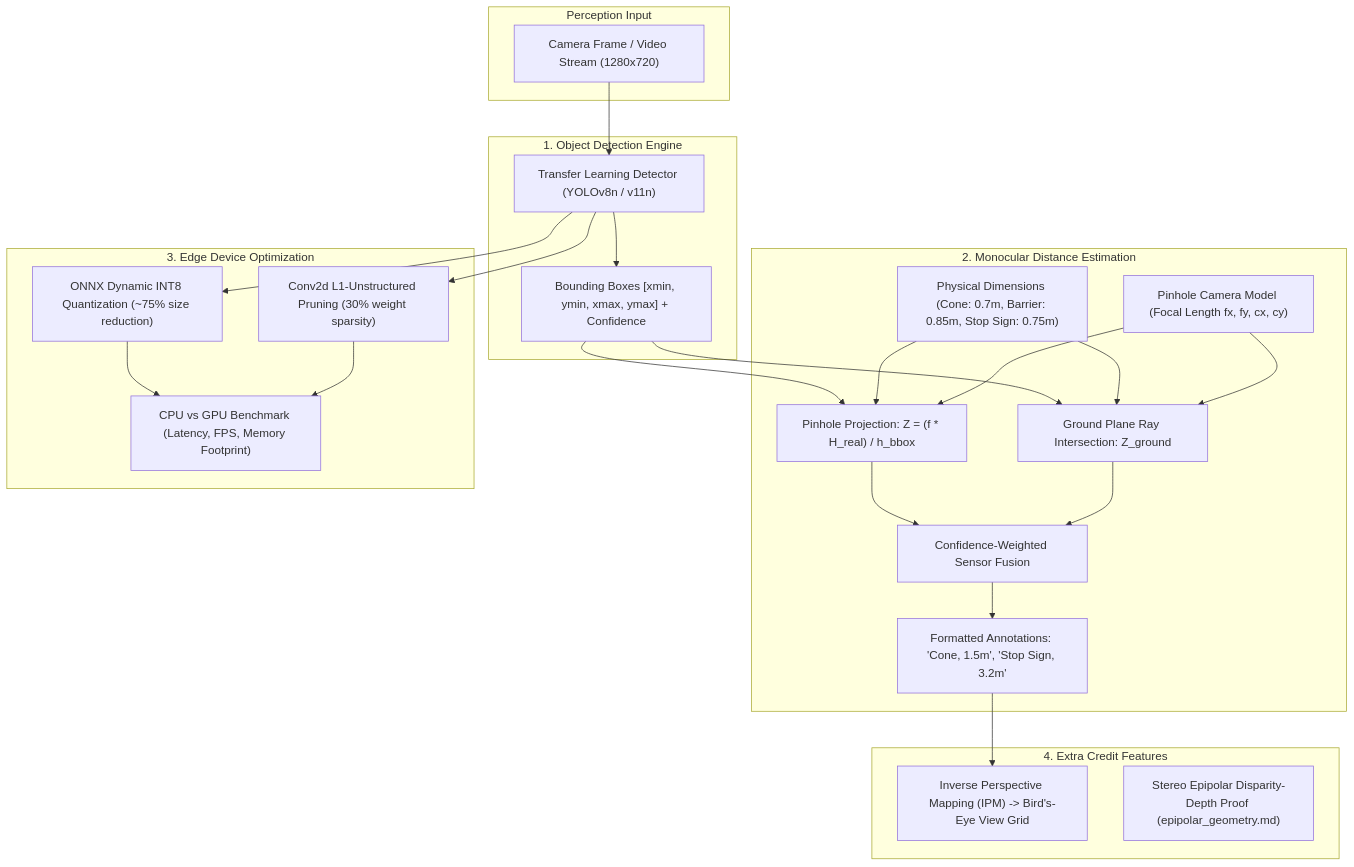
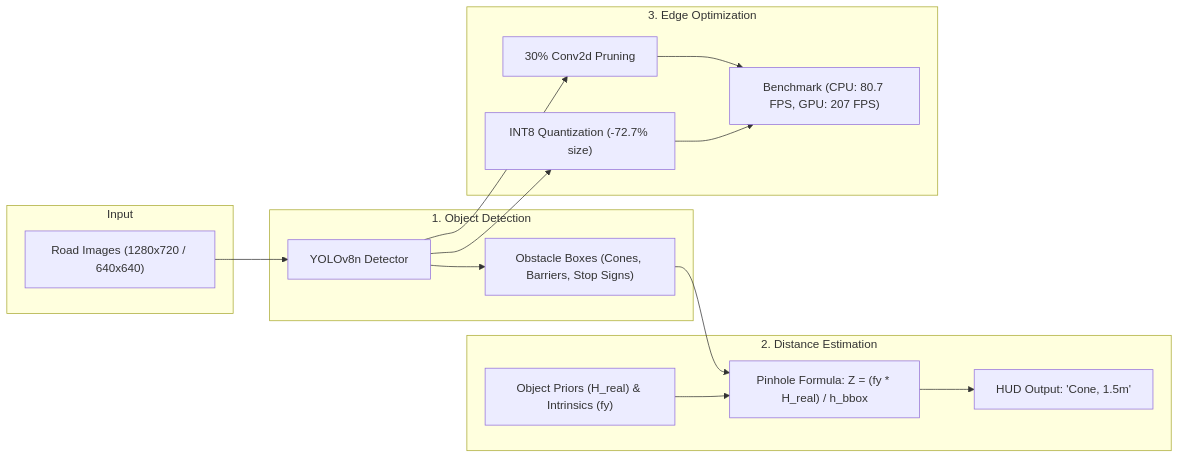
The diagram in README.md (yorichixX/SomeRobotics), drawn with Mermaid before and after one commit. The commit also changed other lines of this file, not shown here.

Commit message:
docs: streamline README architecture, distance estimation section, and repository tree

````diff
--- a/README.md
+++ b/README.md
@@ -15,38 +15,27 @@
 ```mermaid
-flowchart TD
-    subgraph Input ["Perception Input"]
-        Frame["Camera Frame / Video Stream (1280x720)"]
+flowchart LR
+    subgraph Input ["Input"]
+        Images["Road Images (1280x720 / 640x640)"]
     end
 
-    subgraph Detection ["1. Object Detection Engine"]
-        YOLO["Transfer Learning Detector (YOLOv8n / v11n)"]
-        BBoxes["Bounding Boxes [xmin, ymin, xmax, ymax] + Confidence"]
+    subgraph Detection ["1. Object Detection"]
+        YOLO["YOLOv8n Detector"]
+        BBoxes["Obstacle Boxes (Cones, Barriers, Stop Signs)"]
     end
 
-    subgraph Geometry ["2. Monocular Distance Estimation"]
-        Priors["Physical Dimensions (Cone: 0.7m, Barrier: 0.85m, Stop Sign: 0.75m)"]
-        CamIntrinsics["Pinhole Camera Model (Focal Length fx, fy, cx, cy)"]
-        PinholeEq["Pinhole Projection: Z = (f * H_real) / h_bbox"]
-        GroundEq["Ground Plane Ray Intersection: Z_ground"]
-        Fusion["Confidence-Weighted Sensor Fusion"]
-        Annotated["Formatted Annotations: 'Cone, 1.5m', 'Stop Sign, 3.2m'"]
+    subgraph Geometry ["2. Distance Estimation"]
+        Priors["Object Priors (H_real) & Intrinsics (fy)"]
+        Pinhole["Pinhole Formula: Z = (fy * H_real) / h_bbox"]
+        Annotated["HUD Output: 'Cone, 1.5m'"]
     end
 
-    subgraph Edge ["3. Edge Device Optimization"]
-        Quant["ONNX Dynamic INT8 Quantization (~75% size reduction)"]
-        Prune["Conv2d L1-Unstructured Pruning (30% weight sparsity)"]
-        Bench["CPU vs GPU Benchmark (Latency, FPS, Memory Footprint)"]
+    subgraph Edge ["3. Edge Optimization"]
+        Pruning["30% Conv2d Pruning"]
+        Quant["INT8 Quantization (-72.7% size)"]
+        Bench["Benchmark (CPU: 80.7 FPS, GPU: 207 FPS)"]
     end
 
-    subgraph Extra ["4. Extra Credit Features"]
-        BEV["Inverse Perspective Mapping (IPM) -> Bird's-Eye View Grid"]
-        Epipolar["Stereo Epipolar Disparity-Depth Proof (epipolar_geometry.md)"]
-    end
-
-    Frame --> YOLO
-    YOLO --> BBoxes
-    BBoxes & Priors & CamIntrinsics --> PinholeEq & GroundEq
-    PinholeEq & GroundEq --> Fusion --> Annotated
-    YOLO --> Quant & Prune --> Bench
-    Annotated --> BEV
+    Images --> YOLO --> BBoxes
+    BBoxes & Priors --> Pinhole --> Annotated
+    YOLO --> Pruning & Quant --> Bench
 ```
````
